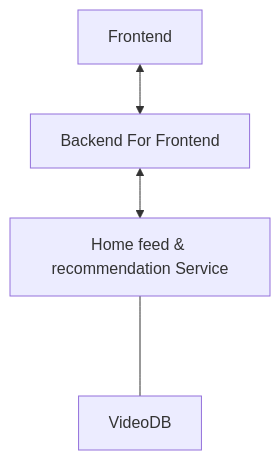
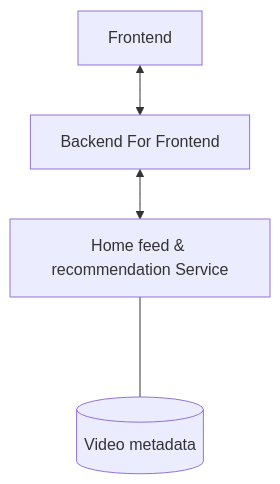
The third of 11 diagrams in docs/README.md (kevthunder/Vention-system-design-assessment), drawn with Mermaid before and after one commit. The commit also changed 3 other files, not shown here.

````diff
--- a/docs/README.md
+++ b/docs/README.md
@@ -123,10 +123,11 @@
 ```mermaid
 flowchart TD
     Frontend[Frontend]
     BFF[Backend For Frontend]
     Frontend <--> BFF
 
     Feed[Home feed & recommendation Service]
+    VideoDB[(Video metadata)]
     BFF <--> Feed
     Feed ---- VideoDB
 ```
````
